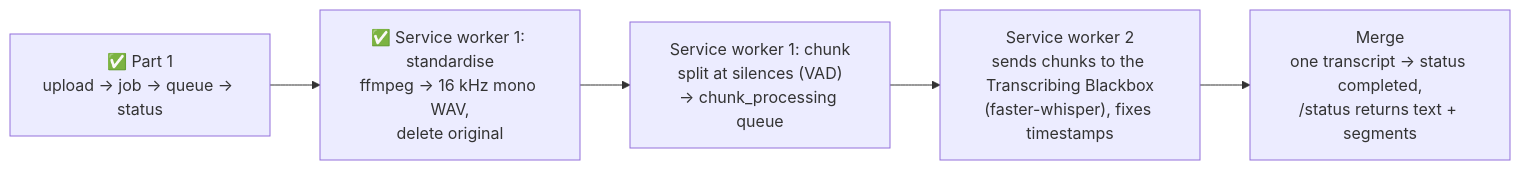
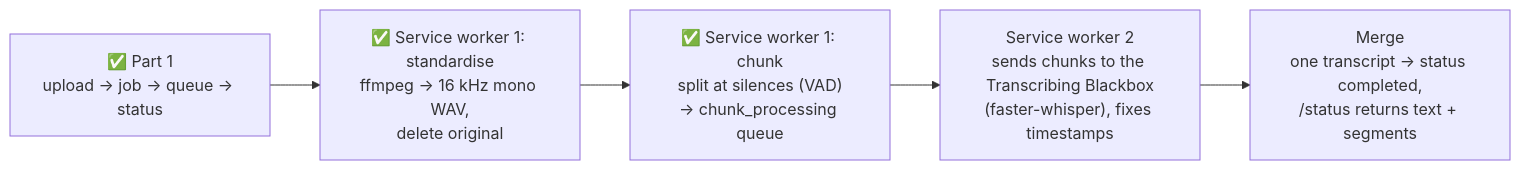
The eighth of 8 diagrams in README.md (yahyalfc/audio-transcriptor), drawn with Mermaid before and after one commit. The commit also changed other lines of this file and 9 other files, not shown here.

````diff
--- a/README.md
+++ b/README.md
@@ -361,9 +466,9 @@
 ```mermaid
 flowchart LR
     P1["✅ Part 1<br/>upload → job → queue → status"]
     P2a["✅ Service worker 1: standardise<br/>ffmpeg → 16 kHz mono WAV,<br/>delete original"]
-    P2["Service worker 1: chunk<br/>split at silences (VAD)<br/>→ chunk_processing queue"]
+    P2["✅ Service worker 1: chunk<br/>split at silences (VAD)<br/>→ chunk_processing queue"]
     P3["Service worker 2<br/>sends chunks to the Transcribing Blackbox<br/>(faster-whisper), fixes timestamps"]
     P4["Merge<br/>one transcript → status completed,<br/>/status returns text + segments"]
     P1 --> P2a --> P2 --> P3 --> P4
 ```
````
